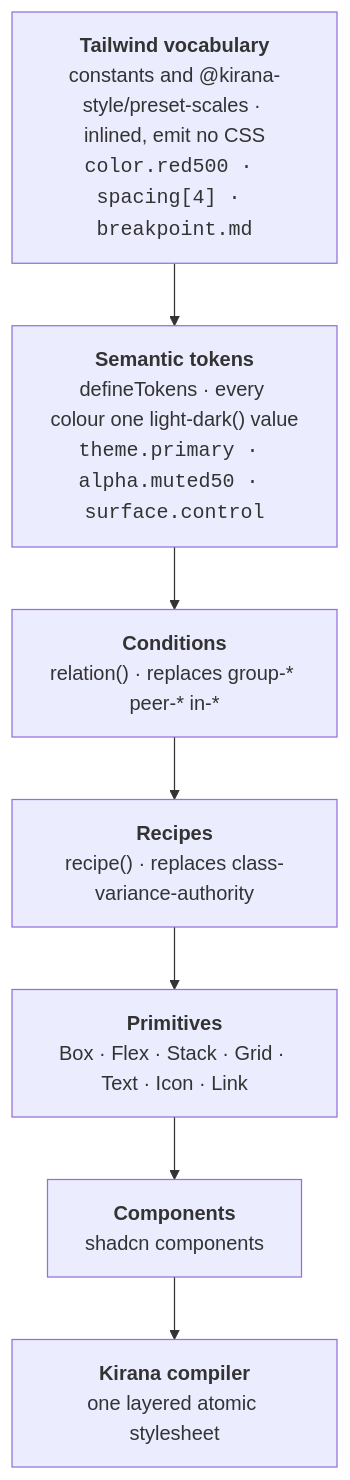
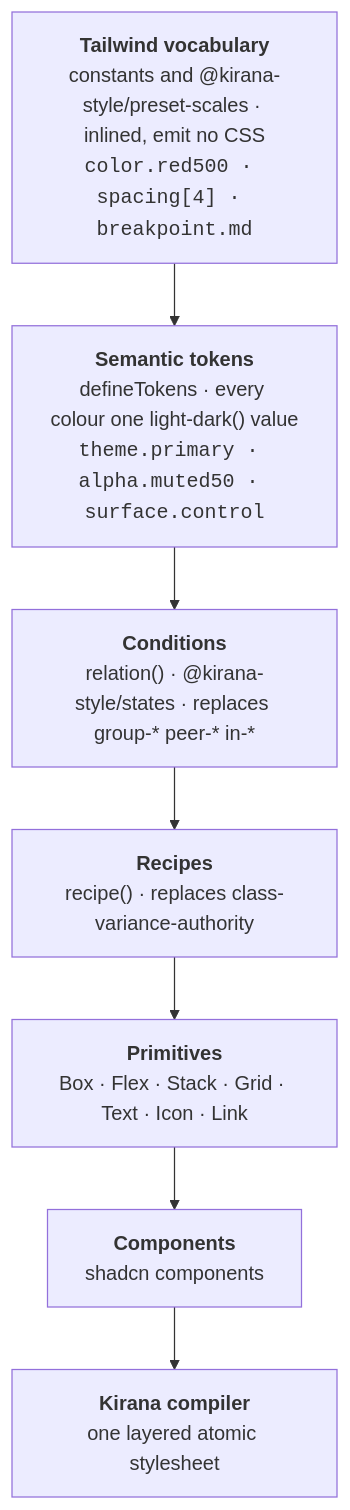
Before and after one commit to kirana-style/kirana-ui: the diagram in README.md, drawn with Mermaid. The commit also changed other lines of this file and 43 other files, not shown here.

````diff
--- a/README.md
+++ b/README.md
@@ -15,11 +16,11 @@
 ```mermaid
 flowchart TD
   A["<b>Tailwind vocabulary</b><br/>constants and @kirana-style/preset-scales · inlined, emit no CSS<br/><code>color.red500 · spacing[4] · breakpoint.md</code>"]
   B["<b>Semantic tokens</b><br/>defineTokens · every colour one light-dark() value<br/><code>theme.primary · alpha.muted50 · surface.control</code>"]
-  C["<b>Conditions</b><br/>relation() · replaces group-* peer-* in-*"]
+  C["<b>Conditions</b><br/>relation() · @kirana-style/states · replaces group-* peer-* in-*"]
   D["<b>Recipes</b><br/>recipe() · replaces class-variance-authority"]
   E["<b>Primitives</b><br/>Box · Flex · Stack · Grid · Text · Icon · Link"]
   F["<b>Components</b><br/>shadcn components"]
   G["<b>Kirana compiler</b><br/>one layered atomic stylesheet"]
   A --> B --> C --> D --> E --> F --> G
 ```
````
